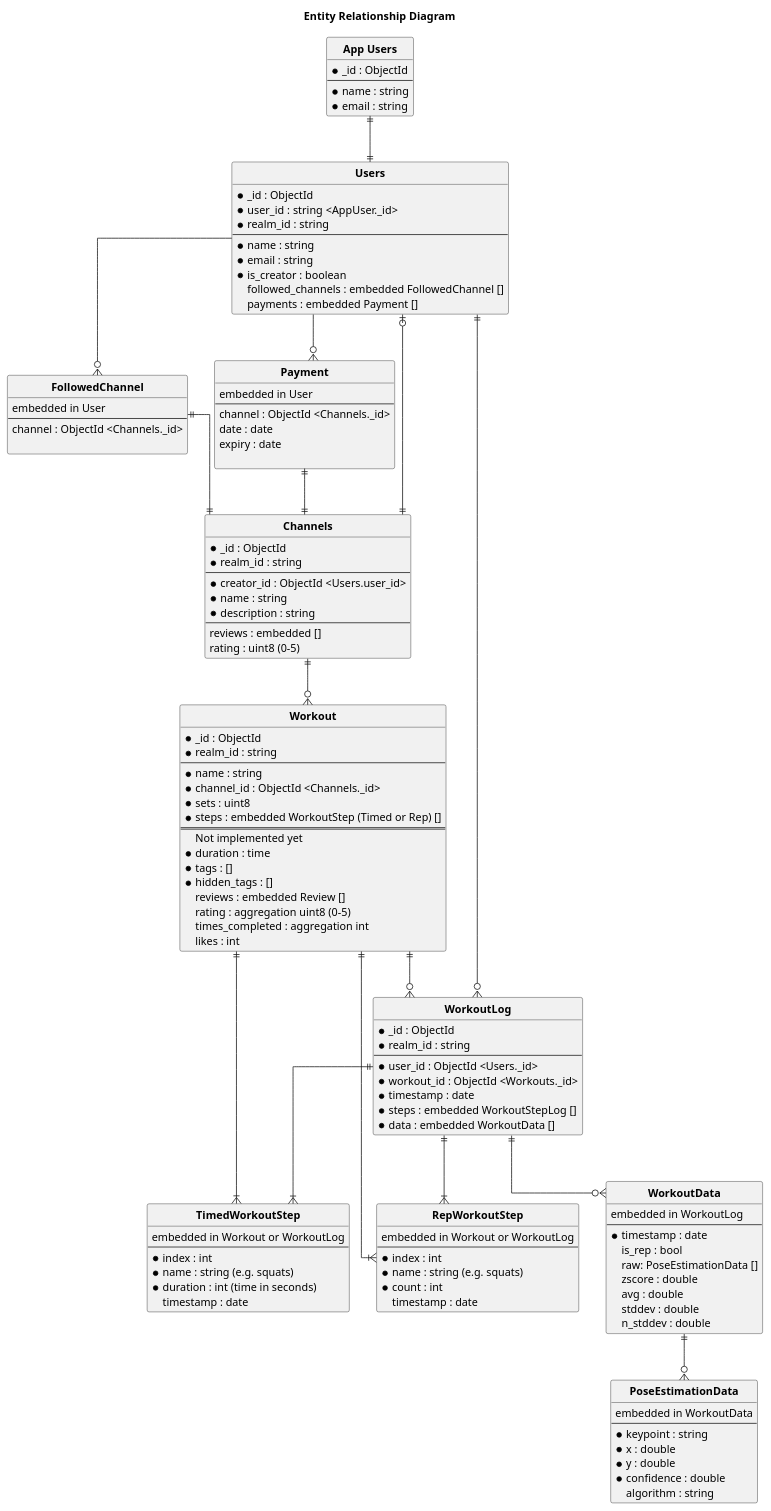
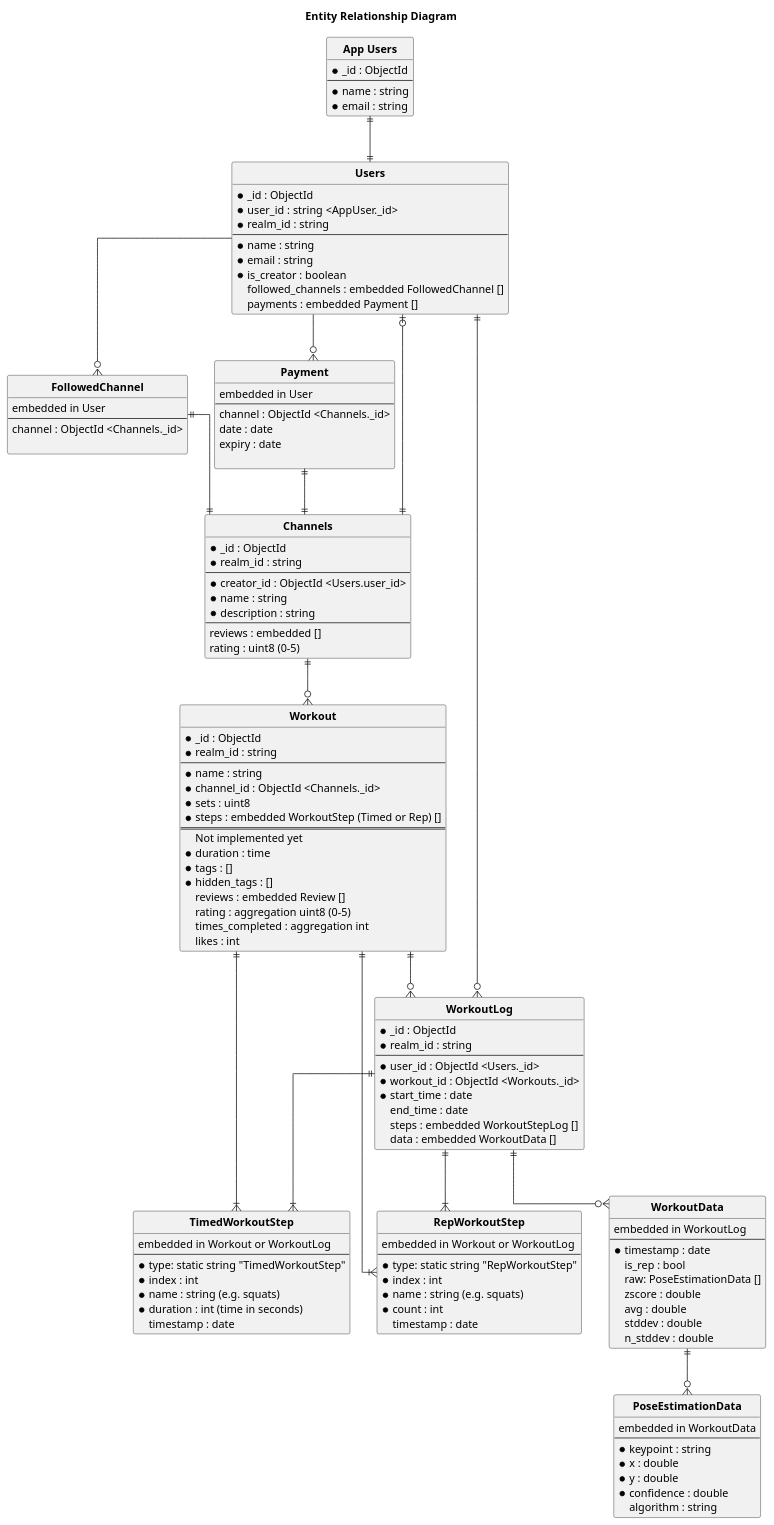
Before and after one commit to wongway/tmp-form-app: the diagram in docs/diagrams/src/data_schema.puml, drawn with PlantUML. The commit also changed 53 other files, not shown here.

Commit message:
Schema overhaul and data gen support

```diff
--- a/docs/diagrams/src/data_schema.puml
+++ b/docs/diagrams/src/data_schema.puml
@@ -1,149 +1,152 @@
 @startuml data_schema
 
 title Entity Relationship Diagram
 ' Follows the standards in: https://plantuml.com/ie-diagram
 
 hide circle
 skinparam linetype ortho
 
 entity "**App Users**" as AppUser {
     * _id : ObjectId
     ---
     * name : string
     * email : string
 }
 
 entity "**Users**" as User {
     * _id : ObjectId
     * user_id : string <AppUser._id>
     * realm_id : string
     ---
     * name : string
     * email : string
     * is_creator : boolean
     followed_channels : embedded FollowedChannel []
     payments : embedded Payment []
 }
 
 entity "**FollowedChannel**" as FollowedChannel {
     embedded in User
     ---
     channel : ObjectId <Channels._id>
 
 }
 
 entity "**Payment**" as Payment {
     embedded in User
     ---
     channel : ObjectId <Channels._id>
     date : date
     expiry : date
 
 }
 
 entity "**Channels**" as Channel {
     * _id : ObjectId
     ' * channel_id : string
     * realm_id : string
     ---
     * creator_id : ObjectId <Users.user_id>
     * name : string
     * description : string
     ---
     reviews : embedded []
     rating : uint8 (0-5)
 }
 
 entity "**Workout**" as Workout {
     * _id : ObjectId
     * realm_id : string
     ---
     * name : string
     * channel_id : ObjectId <Channels._id>
     * sets : uint8
     * steps : embedded WorkoutStep (Timed or Rep) []
     ===
     Not implemented yet
     * duration : time
     * tags : []
     * hidden_tags : []
     reviews : embedded Review []
     rating : aggregation uint8 (0-5)
     times_completed : aggregation int
     likes : int
 }
 
 ' TODO: Probably want some sort of enum for type
 entity "**RepWorkoutStep**" as RepWorkoutStep {
     embedded in Workout or WorkoutLog
     ---
+    * type: static string "RepWorkoutStep"
     * index : int
     * name : string (e.g. squats)
     * count : int
     timestamp : date
 }
 
 entity "**TimedWorkoutStep**" as TimedWorkoutStep {
     embedded in Workout or WorkoutLog
     ---
+    * type: static string "TimedWorkoutStep"
     * index : int
     * name : string (e.g. squats)
     * duration : int (time in seconds)
     timestamp : date
 }
 
 entity "**WorkoutLog**" as WorkoutLog {
     * _id : ObjectId
     * realm_id : string
     ---
     * user_id : ObjectId <Users._id>
     * workout_id : ObjectId <Workouts._id>
-    * timestamp : date
-    * steps : embedded WorkoutStepLog []
-    * data : embedded WorkoutData []
+    * start_time : date
+    end_time : date
+    steps : embedded WorkoutStepLog []
+    data : embedded WorkoutData []
 }
 
 entity "**WorkoutData**" as WorkoutData {
     embedded in WorkoutLog
     ---
     * timestamp : date
     is_rep : bool
     raw: PoseEstimationData []
     zscore : double
     avg : double
     stddev : double
     n_stddev : double
 }
 
 entity "**PoseEstimationData**" as PoseEstimationData {
     embedded in WorkoutData
     ---
     * keypoint : string 
     * x : double
     * y : double
     * confidence : double
     algorithm : string
 }
 
 AppUser ||--|| User
 
 Workout ||--|{ TimedWorkoutStep
 Workout ||--|{ RepWorkoutStep
 Workout ||--o{ WorkoutLog
 
 WorkoutLog ||--|{ TimedWorkoutStep
 WorkoutLog ||--|{ RepWorkoutStep
 
 User ||--o{ WorkoutLog
 User --o{ FollowedChannel
 User --o{ Payment
 
 FollowedChannel ||--|| Channel
 Payment ||--|| Channel
 
 Channel ||--o| User
 Channel ||--o{ Workout
 WorkoutLog ||--o{ WorkoutData
 WorkoutData ||--o{ PoseEstimationData
 
 @enduml
```
